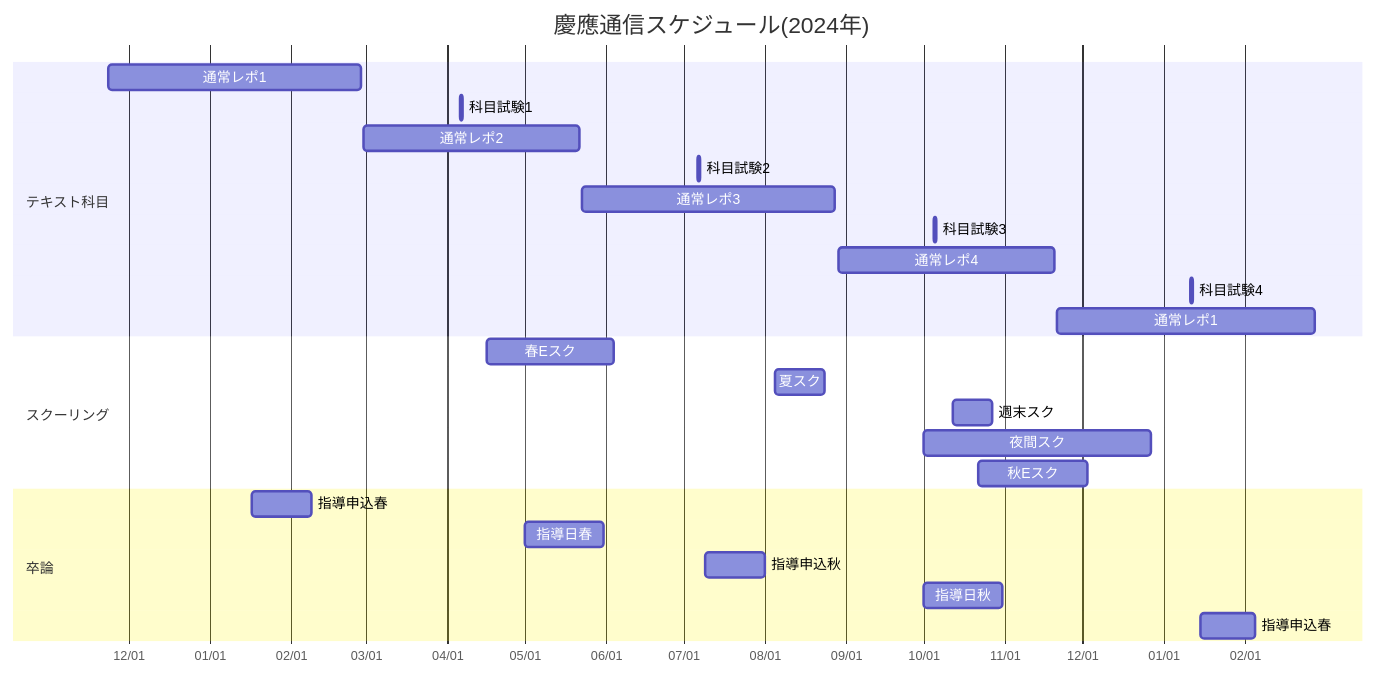
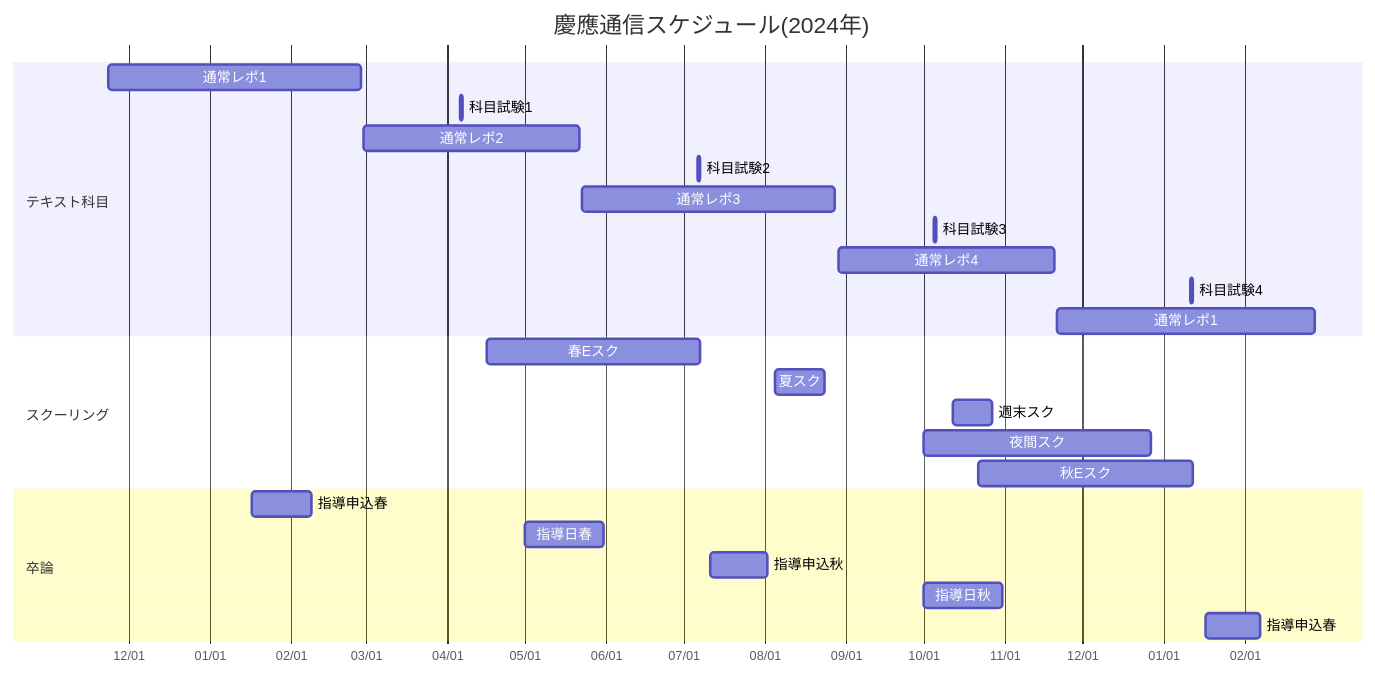
The diagram in schedule/Schedule-2024.mmd (tmo1031/kcc-tips), drawn with Mermaid before and after one commit. The commit also changed 1 other file, not shown here.

```diff
--- a/schedule/Schedule-2024.mmd
+++ b/schedule/Schedule-2024.mmd
@@ -1,29 +1,29 @@
 gantt
   title 慶應通信スケジュール(2024年)
   dateFormat YY-MM-DD
   axisFormat  %m/%d
 
   section テキスト科目
   通常レポ1: 23-11-23, 24-02-28
   科目試験1: 24-04-06, 24-04-07
   通常レポ2: 24-02-29, 24-05-22
   科目試験2: 24-07-06, 24-07-07
   通常レポ3: 24-05-23, 24-08-28
   科目試験3: 24-10-05, 24-10-06
   通常レポ4: 24-08-29, 24-11-20
   科目試験4: 25-01-11, 25-01-12
   通常レポ1: 24-11-21, 25-02-28
 
   section スクーリング
-  春Eスク: 24-04-16, 24-06-04
+  春Eスク: 24-04-16, 24-07-07
   夏スク: 24-08-05, 24-08-24
   週末スク: 24-10-12, 24-10-27
   夜間スク: 24-10-01, 24-12-27
-  秋Eスク: 24-10-22, 24-12-03
+  秋Eスク: 24-10-22, 25-01-12
 
   section 卒論
   指導申込春: 24-01-17, 24-02-09
   指導日春: 24-05-01, 24-05-31
-  指導申込秋: 24-07-09, 24-08-01
+  指導申込秋: 24-07-11, 24-08-02
   指導日秋: 24-10-01, 24-10-31
-  指導申込春: 25-01-15, 25-02-05
+  指導申込春: 25-01-17, 25-02-07
```
